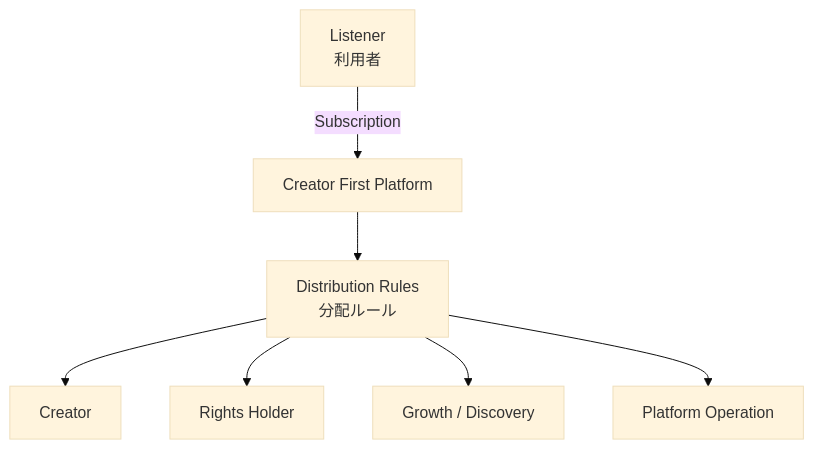
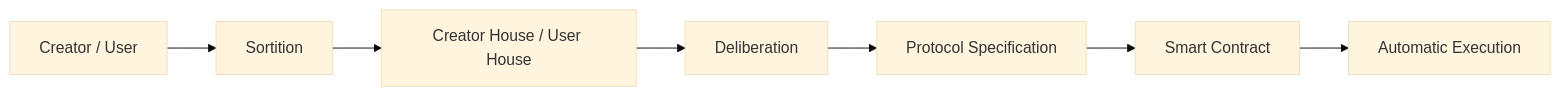
One commit to ShigeichiroYamasaki/creator-first-platform changed the ninth of 17 diagrams in docs/whitepaper/01-vision.md. Above: the diagram before and after it, drawn with Mermaid (base theme). The commit also changed other lines of this file and 1 other file, not shown here.

````diff
--- a/docs/whitepaper/01-vision.md
+++ b/docs/whitepaper/01-vision.md
@@ -136,10 +233,12 @@
 ```mermaid
-flowchart TD
-    L[Listener<br/>利用者] -->|Subscription| P[Creator First Platform]
-    P --> R[Distribution Rules<br/>分配ルール]
+flowchart LR
+    CU[Creator / User]
+    SORT[Sortition]
+    PARL[Creator House / User House]
+    DELIB[Deliberation]
+    SPEC[Protocol Specification]
+    CODE[Smart Contract]
+    EXEC[Automatic Execution]
 
-    R --> C[Creator]
-    R --> RH[Rights Holder]
-    R --> GP[Growth / Discovery]
-    R --> OP[Platform Operation]
+    CU --> SORT --> PARL --> DELIB --> SPEC --> CODE --> EXEC
 ```
````
